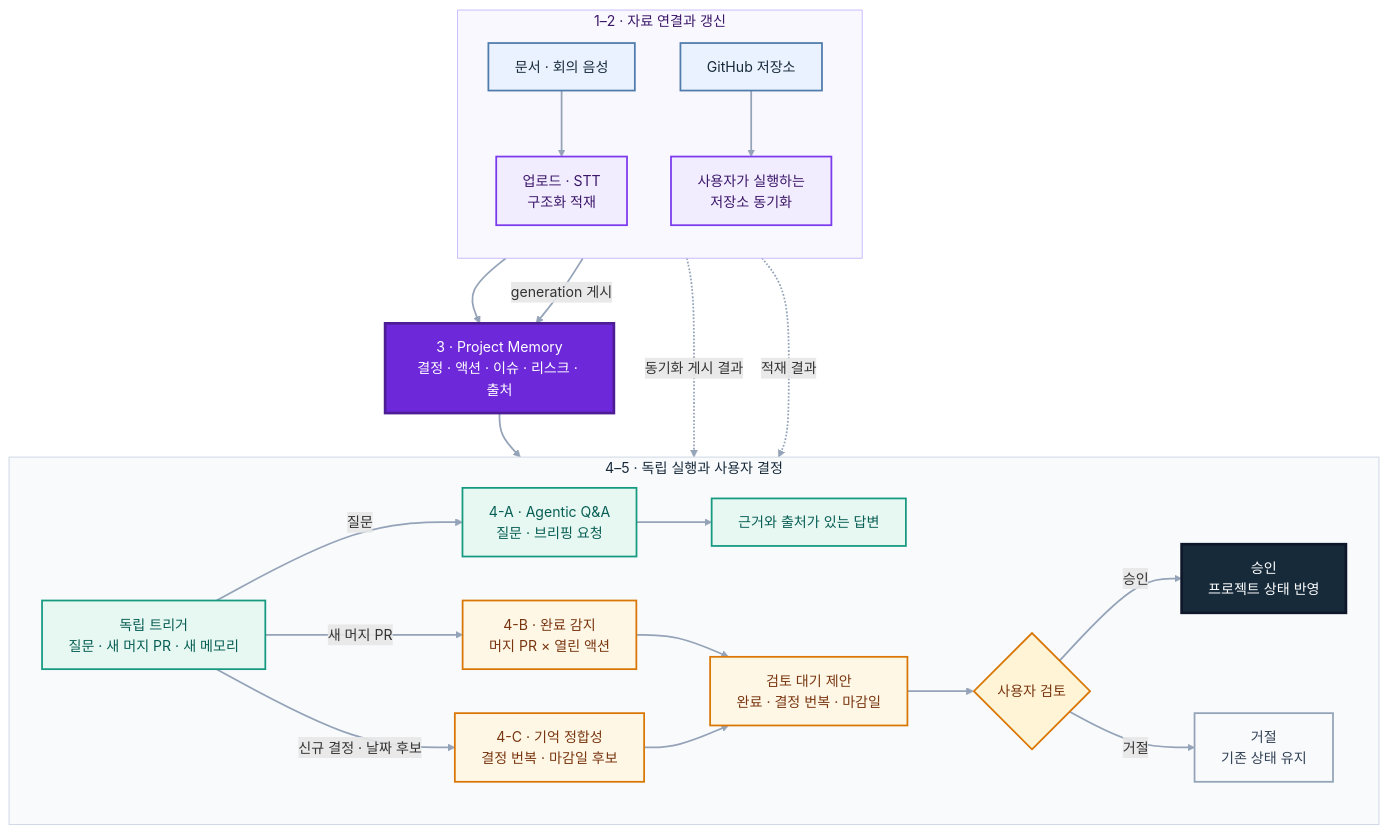
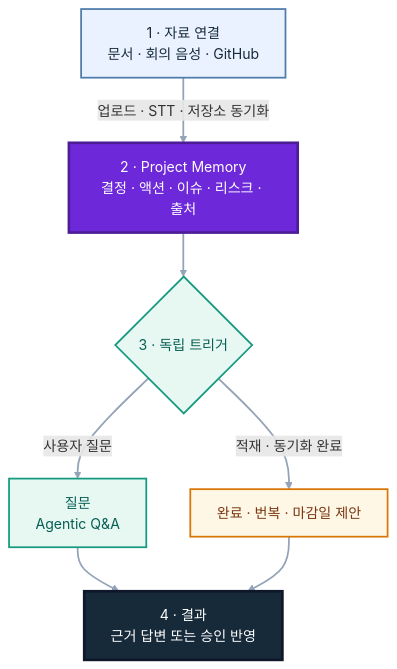
One commit to SKNETWORKS-FAMILY-AICAMP/SKN30-4th-1Team changed the first of 5 diagrams in README.md. Above: the diagram before and after it, drawn with Mermaid. The commit also changed other lines of this file, not shown here.

Commit message:
docs: simplify README diagrams for readability

````diff
--- a/README.md
+++ b/README.md
@@ -92,61 +92,29 @@
 ```mermaid
 flowchart TB
-    subgraph MEMORY_STAGE["1–2 · 자료 연결과 갱신"]
-        direction TB
-        DOCUMENTS["문서 · 회의 음성"] --> INGEST["업로드 · STT<br/>구조화 적재"]
-        GITHUB["GitHub 저장소"] --> SYNC["사용자가 실행하는<br/>저장소 동기화"]
-    end
+    CONNECT["1 · 자료 연결<br/>문서 · 회의 음성 · GitHub"]
+    MEMORY["2 · Project Memory<br/>결정 · 액션 · 이슈 · 리스크 · 출처"]
+    TRIGGER{"3 · 독립 트리거"}
+    QA["질문<br/>Agentic Q&A"]
+    SUGGEST["완료 · 번복 · 마감일 제안"]
+    RESULT["4 · 결과<br/>근거 답변 또는 승인 반영"]
 
-    MEMORY["3 · Project Memory<br/>결정 · 액션 · 이슈 · 리스크 · 출처"]
-    INGEST --> MEMORY
-    SYNC -->|"generation 게시"| MEMORY
-
-    subgraph ASSIST["4–5 · 독립 실행과 사용자 결정"]
-        direction LR
-        TRIGGERS["독립 트리거<br/>질문 · 새 머지 PR · 새 메모리"]
-        QA["4-A · Agentic Q&A<br/>질문 · 브리핑 요청"]
-        COMPLETE["4-B · 완료 감지<br/>머지 PR × 열린 액션"]
-        MAINTAIN["4-C · 기억 정합성<br/>결정 번복 · 마감일 후보"]
-        ANSWER["근거와 출처가 있는 답변"]
-        PENDING["검토 대기 제안<br/>완료 · 결정 번복 · 마감일"]
-        REVIEW{"사용자 검토"}
-        APPLY["승인<br/>프로젝트 상태 반영"]
-        KEEP["거절<br/>기존 상태 유지"]
-
-        TRIGGERS -->|"질문"| QA
-        TRIGGERS -->|"새 머지 PR"| COMPLETE
-        TRIGGERS -->|"신규 결정 · 날짜 후보"| MAINTAIN
-        QA --> ANSWER
-        COMPLETE --> PENDING
-        MAINTAIN --> PENDING
-        PENDING --> REVIEW
-        REVIEW -->|"승인"| APPLY
-        REVIEW -->|"거절"| KEEP
-    end
-
-    MEMORY --> TRIGGERS
-    SYNC -. "동기화 게시 결과" .-> TRIGGERS
-    INGEST -. "적재 결과" .-> TRIGGERS
+    CONNECT -->|"업로드 · STT · 저장소 동기화"| MEMORY
+    MEMORY --> TRIGGER
+    TRIGGER -->|"사용자 질문"| QA
+    TRIGGER -->|"적재 · 동기화 완료"| SUGGEST
+    QA --> RESULT
+    SUGGEST --> RESULT
 
     classDef source fill:#EAF2FF,stroke:#4F7CAC,color:#172A3A,stroke-width:2px
-    classDef process fill:#F2ECFF,stroke:#7C3AED,color:#3B1768,stroke-width:2px
     classDef memory fill:#6D28D9,stroke:#4C1D95,color:#FFFFFF,stroke-width:3px
     classDef qa fill:#E7F8F2,stroke:#159A80,color:#075E54,stroke-width:2px
     classDef suggestion fill:#FFF7E6,stroke:#D97706,color:#78350F,stroke-width:2px
-    classDef review fill:#FFF4D6,stroke:#D97706,color:#78350F,stroke-width:2px
     classDef result fill:#172A3A,stroke:#0F172A,color:#FFFFFF,stroke-width:3px
-    classDef reject fill:#F8FAFC,stroke:#94A3B8,color:#334155,stroke-width:2px
 
-    class DOCUMENTS,GITHUB source
-    class INGEST,SYNC process
+    class CONNECT source
     class MEMORY memory
-    class TRIGGERS,QA,ANSWER qa
-    class COMPLETE,MAINTAIN,PENDING suggestion
-    class REVIEW review
-    class APPLY result
-    class KEEP reject
-
-    style MEMORY_STAGE fill:#FAF8FF,stroke:#C4B5FD,color:#3B1768,stroke-width:1px
-    style ASSIST fill:#F8FAFC,stroke:#CBD5E1,color:#172A3A,stroke-width:1px
+    class TRIGGER,QA qa
+    class SUGGEST suggestion
+    class RESULT result
     linkStyle default stroke:#94A3B8,stroke-width:2px
 ```
````
